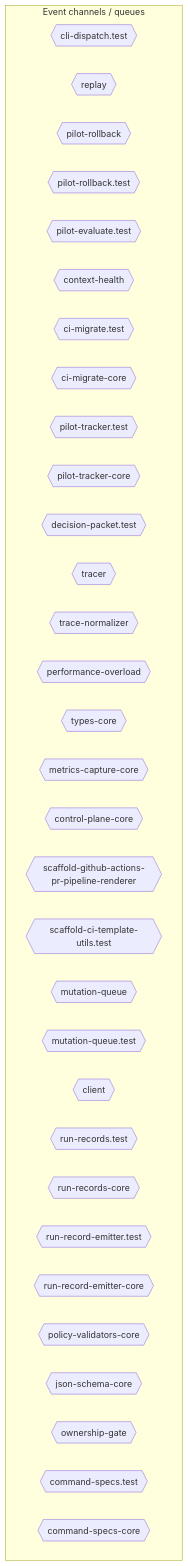
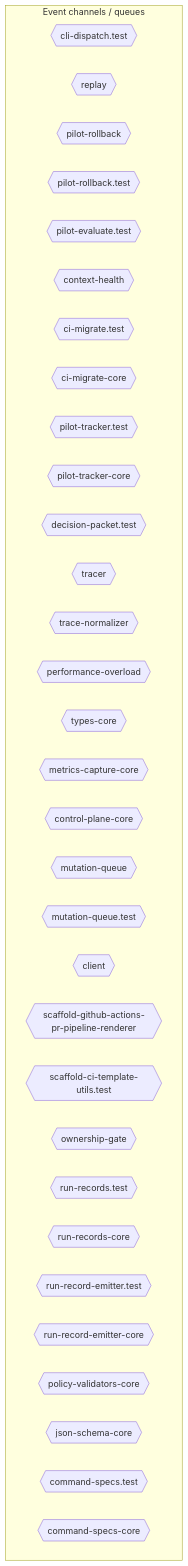
Before and after one commit to jscraik/coding-harness: the sixth of 10 diagrams in AI/context/diagram-context.md, drawn with Mermaid. The commit also changed other lines of this file and 44 other files, not shown here.

````diff
--- a/AI/context/diagram-context.md
+++ b/AI/context/diagram-context.md
@@ -2383,38 +2408,38 @@
 ```mermaid
 flowchart TD
   subgraph Channels["Event channels / queues"]
     cli_dispatch_test_54c9f17b{{"cli-dispatch.test"}}
     replay_ac203c98{{"replay"}}
     pilot_rollback_00c1f82c{{"pilot-rollback"}}
     pilot_rollback_test_e61d5a2b{{"pilot-rollback.test"}}
     pilot_evaluate_test_a2ac06fc{{"pilot-evaluate.test"}}
     context_health_80bb7da9{{"context-health"}}
     ci_migrate_test_2a015bb9{{"ci-migrate.test"}}
     ci_migrate_core_7005b5af{{"ci-migrate-core"}}
     pilot_tracker_test_80398a66{{"pilot-tracker.test"}}
     pilot_tracker_core_80d8ac96{{"pilot-tracker-core"}}
     decision_packet_test_9ea0e97b{{"decision-packet.test"}}
     tracer_1e6243a2{{"tracer"}}
     trace_normalizer_cb1be1d2{{"trace-normalizer"}}
     performance_overload_c685bfcf{{"performance-overload"}}
     types_core_e405ddca{{"types-core"}}
     metrics_capture_core_db4bf7cf{{"metrics-capture-core"}}
     control_plane_core_db3b4cb2{{"control-plane-core"}}
-    scaffold_github_actions_pr_pipeline_renderer_1ee18de5{{"scaffold-github-actions-pr-pipeline-renderer"}}
-    scaffold_ci_template_utils_test_b94825d9{{"scaffold-ci-template-utils.test"}}
     mutation_queue_ce5a530e{{"mutation-queue"}}
     mutation_queue_test_10b599e8{{"mutation-queue.test"}}
     client_1_914e1681{{"client"}}
+    scaffold_github_actions_pr_pipeline_renderer_1ee18de5{{"scaffold-github-actions-pr-pipeline-renderer"}}
+    scaffold_ci_template_utils_test_b94825d9{{"scaffold-ci-template-utils.test"}}
+    ownership_gate_2e194d13{{"ownership-gate"}}
     run_records_test_3ee6a0e3{{"run-records.test"}}
     run_records_core_89286dfa{{"run-records-core"}}
     run_record_emitter_test_5475c0da{{"run-record-emitter.test"}}
     run_record_emitter_core_688049d5{{"run-record-emitter-core"}}
     policy_validators_core_714a3fe7{{"policy-validators-core"}}
     json_schema_core_96d7e328{{"json-schema-core"}}
-    ownership_gate_2e194d13{{"ownership-gate"}}
     command_specs_test_7f693e85{{"command-specs.test"}}
     command_specs_core_1c0ffc99{{"command-specs-core"}}
   end
   classDef eventNode fill:#db2777,color:#fff
 
 ```
````
